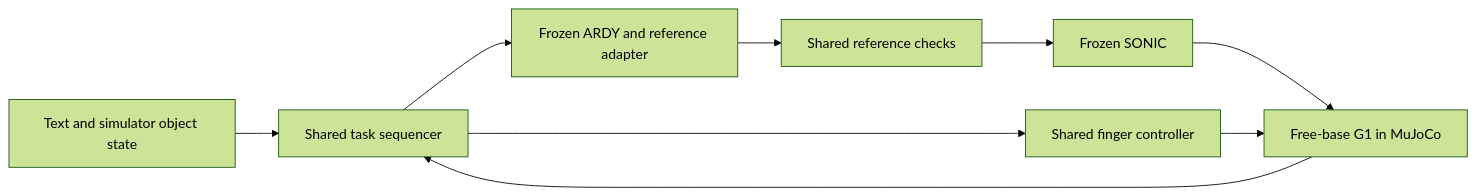
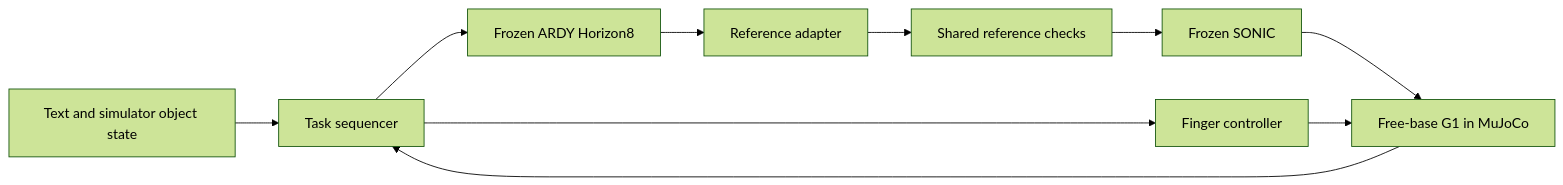
Before and after one commit to Peneplain/dl: the first of 2 diagrams in README.md, drawn with Mermaid (forest theme). The commit also changed other lines of this file and 25 other files, not shown here.

````diff
--- a/README.md
+++ b/README.md
@@ -49,11 +22,12 @@
 ```mermaid
 flowchart LR
-    T[Text and simulator object state] --> Q[Shared task sequencer]
-    Q --> A[Frozen ARDY and reference adapter]
-    A --> C[Shared reference checks]
+    T[Text and simulator object state] --> Q[Task sequencer]
+    Q --> A[Frozen ARDY Horizon8]
+    A --> N[Reference adapter]
+    N --> C[Shared reference checks]
     C --> S[Frozen SONIC]
     S --> G[Free-base G1 in MuJoCo]
-    Q --> H[Shared finger controller]
+    Q --> H[Finger controller]
     H --> G
     G --> Q
 ```
````
